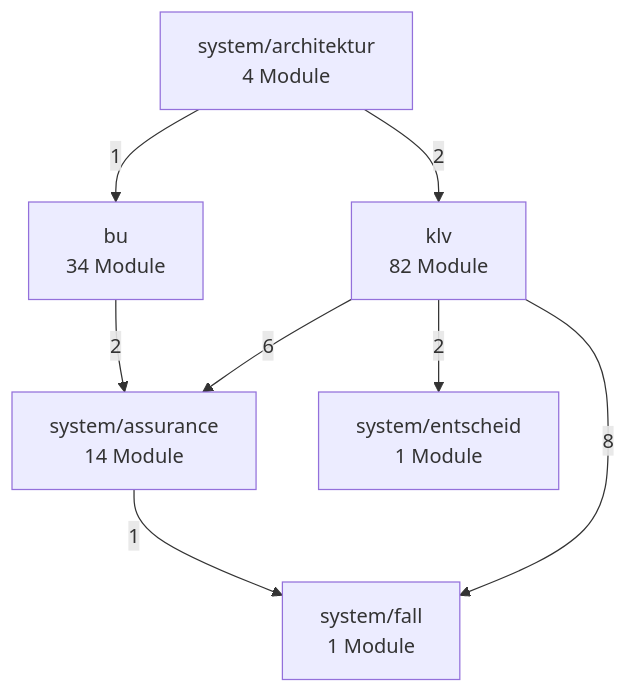
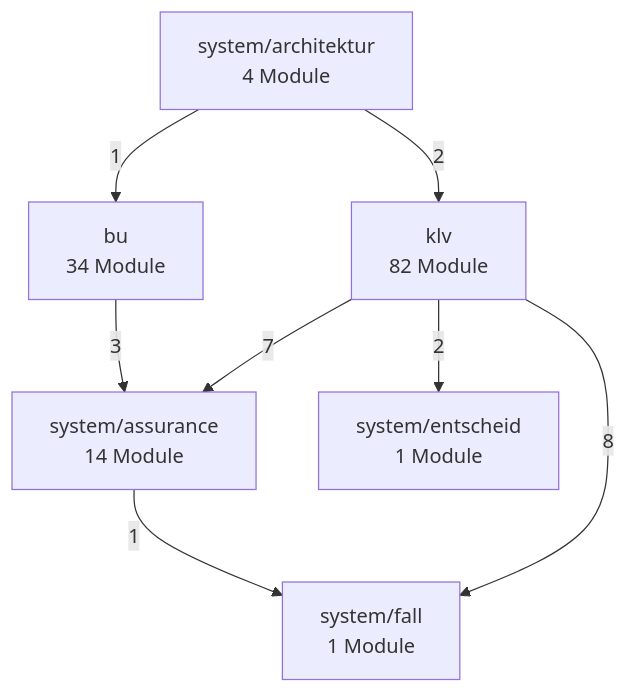
Before and after one commit to bartlmac/rechner-pipeline: the second of 3 diagrams in docs/architektur/landkarte.md, drawn with Mermaid. The commit also changed other lines of this file and 5 other files, not shown here.

````diff
--- a/docs/architektur/landkarte.md
+++ b/docs/architektur/landkarte.md
@@ -78,17 +78,17 @@
 ```mermaid
 %% Fachknoten — erzeugt von ontologie.landkarte
 flowchart TD
     bu["bu<br/>34 Module"]
     klv["klv<br/>82 Module"]
     system_architektur["system/architektur<br/>4 Module"]
     system_assurance["system/assurance<br/>14 Module"]
     system_entscheid["system/entscheid<br/>1 Module"]
     system_fall["system/fall<br/>1 Module"]
-    bu -- 2 --> system_assurance
-    klv -- 6 --> system_assurance
+    bu -- 3 --> system_assurance
+    klv -- 7 --> system_assurance
     klv -- 2 --> system_entscheid
     klv -- 8 --> system_fall
     system_architektur -- 1 --> bu
     system_architektur -- 2 --> klv
     system_assurance -- 1 --> system_fall
 ```
````
